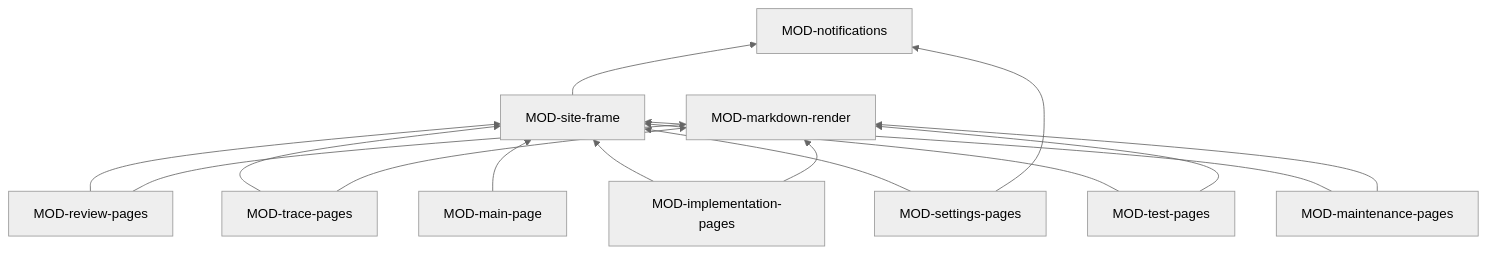
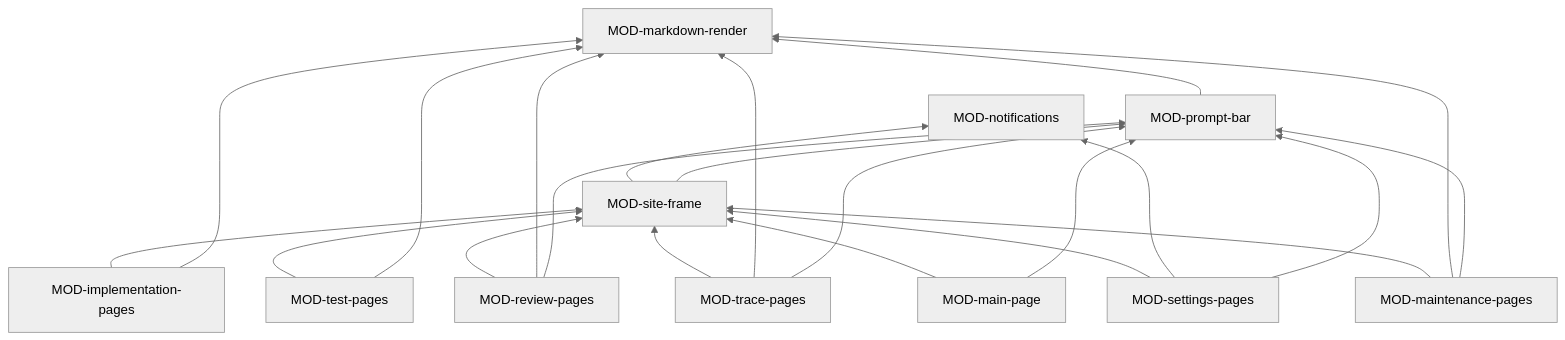
The diagram in docs/architecture/ARC-038-the-site.md (akmaier/agent-m), drawn with Mermaid (neutral theme) before and after one commit. The commit also changed other lines of this file and 32 other files, not shown here.

First line of the commit message:
Architecture of the prompt bar for akmaier's acceptance; ITM-478 and ITM-479 registered

````diff
--- a/docs/architecture/ARC-038-the-site.md
+++ b/docs/architecture/ARC-038-the-site.md
@@ -187,27 +207,35 @@
 ```mermaid
 flowchart BT
   SF[MOD-site-frame]
   MRD[MOD-markdown-render]
   MP[MOD-main-page]
   RV[MOD-review-pages]
   TR[MOD-trace-pages]
   IMP[MOD-implementation-pages]
   TP[MOD-test-pages]
   MNP[MOD-maintenance-pages]
   STP[MOD-settings-pages]
   NT[MOD-notifications]
+  PB[MOD-prompt-bar]
   MP --> SF
+  MP --> PB
   RV --> SF
   RV --> MRD
+  RV --> PB
   TR --> SF
   TR --> MRD
+  TR --> PB
   IMP --> SF
   IMP --> MRD
   TP --> SF
   TP --> MRD
   MNP --> SF
   MNP --> MRD
+  MNP --> PB
   STP --> SF
   STP --> NT
+  STP --> PB
   SF --> NT
+  SF --> PB
+  PB --> MRD
 ```
````
